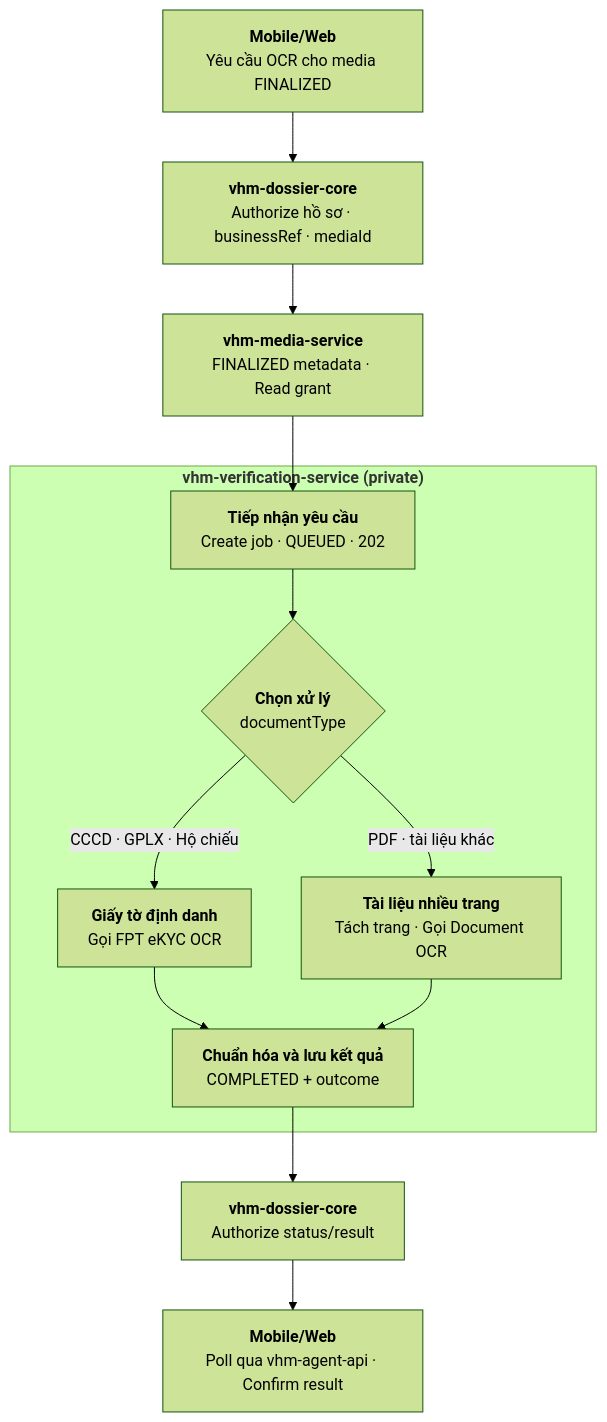
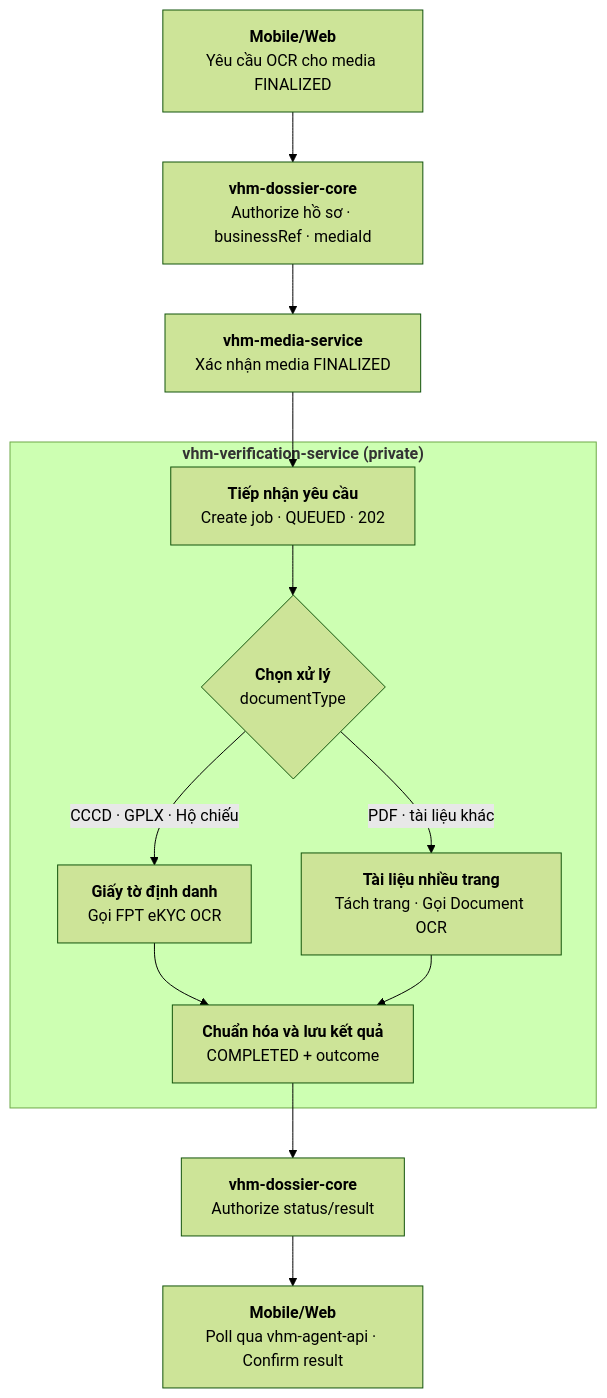
Before and after one commit to huynv-xyz/vhm: the fourth of 8 diagrams in noxh.md, drawn with Mermaid (forest theme). The commit also changed other lines of this file, not shown here.

````diff
--- a/noxh.md
+++ b/noxh.md
@@ -216,34 +213,34 @@
 ```mermaid
 flowchart TD
     REQUEST["`**Mobile/Web**
 Yêu cầu OCR cho media FINALIZED`"]
     AUTHORIZE["`**vhm-dossier-core**
 Authorize hồ sơ · businessRef · mediaId`"]
     MEDIA["`**vhm-media-service**
-FINALIZED metadata · Read grant`"]
+Xác nhận media FINALIZED`"]
     subgraph VERIFY["`**vhm-verification-service (private)**`"]
         ACCEPT["`**Tiếp nhận yêu cầu**
 Create job · QUEUED · 202`"]
         TYPE{"`**Chọn xử lý**
 documentType`"}
         IDENTITY["`**Giấy tờ định danh**
 Gọi FPT eKYC OCR`"]
         DOCUMENT["`**Tài liệu nhiều trang**
 Tách trang · Gọi Document OCR`"]
         RESULT["`**Chuẩn hóa và lưu kết quả**
 COMPLETED + outcome`"]
 
         ACCEPT --> TYPE
         TYPE -->|CCCD · GPLX · Hộ chiếu| IDENTITY
         TYPE -->|PDF · tài liệu khác| DOCUMENT
         IDENTITY --> RESULT
         DOCUMENT --> RESULT
     end
     QUERY["`**vhm-dossier-core**
 Authorize status/result`"]
     CLIENT["`**Mobile/Web**
 Poll qua vhm-agent-api · Confirm result`"]
 
     REQUEST --> AUTHORIZE --> MEDIA --> ACCEPT
     RESULT --> QUERY --> CLIENT
 ```
````
